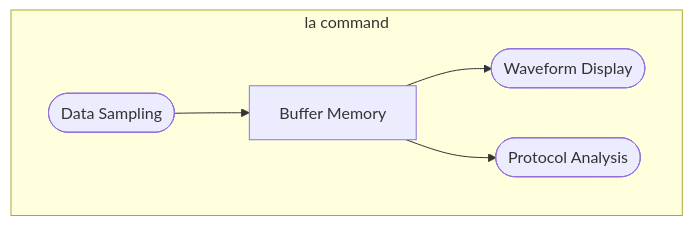
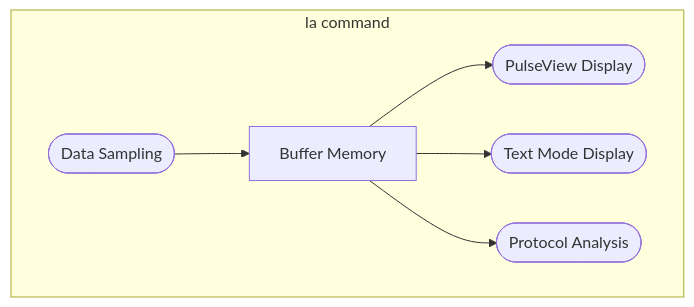
Before and after one commit to ypsitau/pico-jxglib: the diagram in docs/shell/la-text.md, drawn with Mermaid.

Commit message:
writing documents

````diff
--- a/docs/shell/la-text.md
+++ b/docs/shell/la-text.md
@@ -7,10 +7,11 @@
 ```mermaid
 flowchart
        direction LR
        subgraph la[la command]
               direction LR
               data-sampling([Data Sampling]) --> memory[Buffer Memory]
-              memory --> waveform([Waveform Display])
+              memory --> pulseview([PulseView Display])
+              memory --> textmode([Text Mode Display])
               memory --> analysis([Protocol Analysis])
        end
 ```
````
